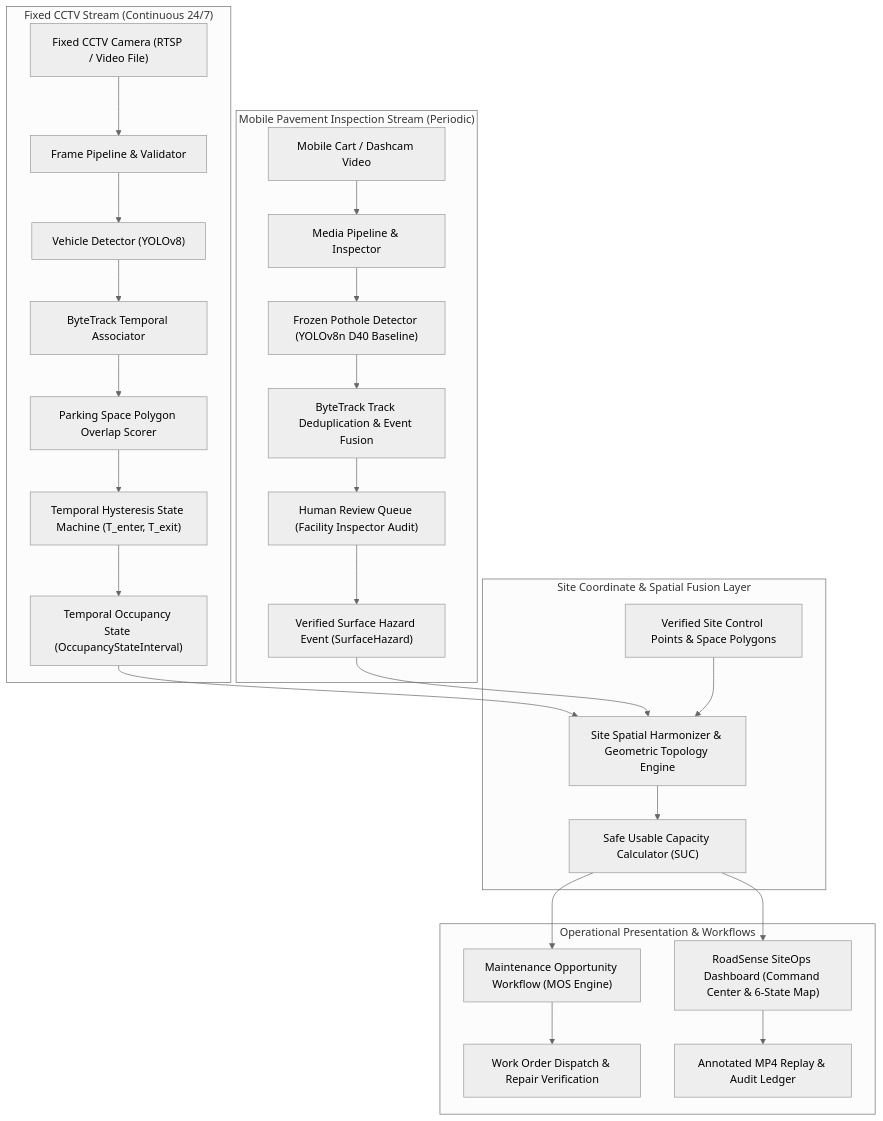
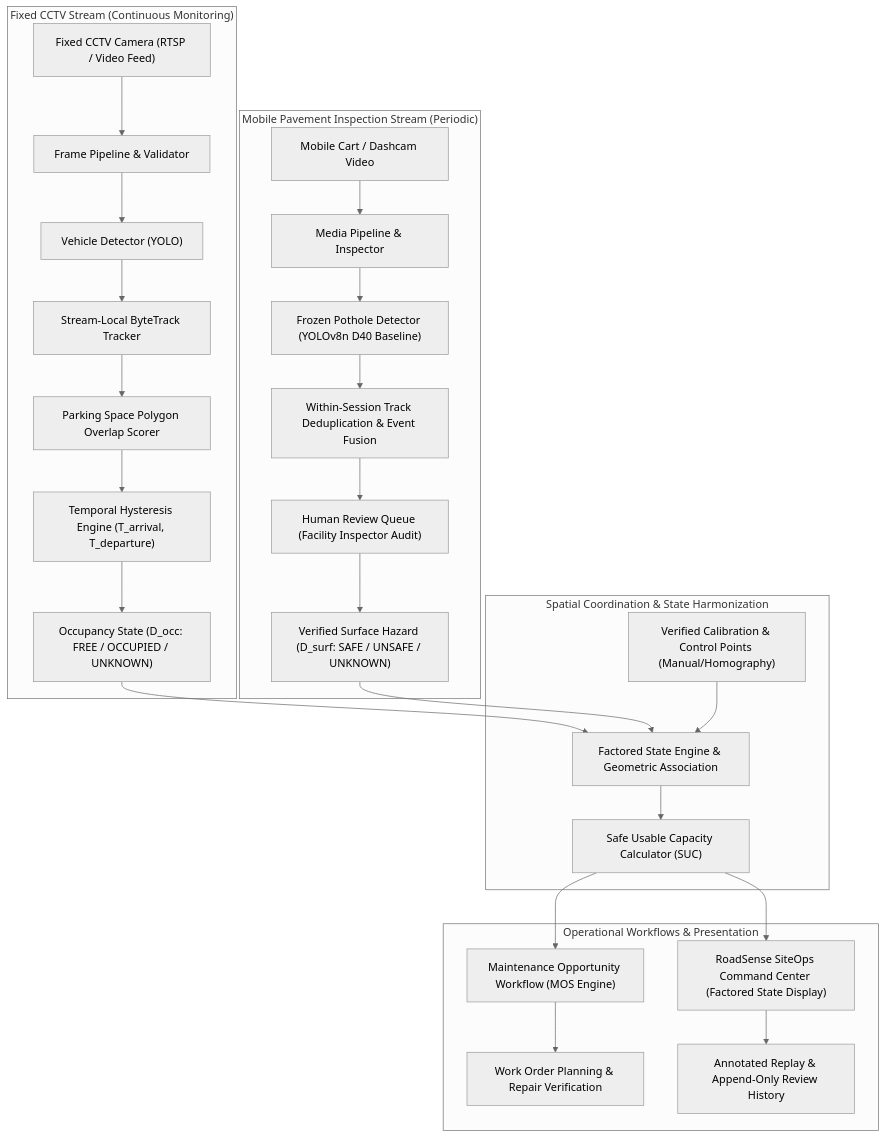
One commit to aniket889999/RoadSense-India- changed the diagram in docs/architecture/hazard_aware_parking_system.md. Above: the diagram before and after it, drawn with Mermaid (neutral theme). The commit also changed other lines of this file and 2 other files, not shown here.

Commit message:
docs: tighten hazard-aware parking novelty claims

````diff
--- a/docs/architecture/hazard_aware_parking_system.md
+++ b/docs/architecture/hazard_aware_parking_system.md
@@ -17,33 +17,33 @@
 ```mermaid
 flowchart TD
-    subgraph FixedStream ["Fixed CCTV Stream (Continuous 24/7)"]
-        A1["Fixed CCTV Camera (RTSP / Video File)"] --> A2["Frame Pipeline & Validator"]
-        A2 --> A3["Vehicle Detector (YOLOv8)"]
-        A3 --> A4["ByteTrack Temporal Associator"]
+    subgraph FixedStream ["Fixed CCTV Stream (Continuous Monitoring)"]
+        A1["Fixed CCTV Camera (RTSP / Video Feed)"] --> A2["Frame Pipeline & Validator"]
+        A2 --> A3["Vehicle Detector (YOLO)"]
+        A3 --> A4["Stream-Local ByteTrack Tracker"]
         A4 --> A5["Parking Space Polygon Overlap Scorer"]
-        A5 --> A6["Temporal Hysteresis State Machine (T_enter, T_exit)"]
-        A6 --> A7["Temporal Occupancy State (OccupancyStateInterval)"]
+        A5 --> A6["Temporal Hysteresis Engine (T_arrival, T_departure)"]
+        A6 --> A7["Occupancy State (D_occ: FREE / OCCUPIED / UNKNOWN)"]
     end
 
     subgraph MobileStream ["Mobile Pavement Inspection Stream (Periodic)"]
         B1["Mobile Cart / Dashcam Video"] --> B2["Media Pipeline & Inspector"]
         B2 --> B3["Frozen Pothole Detector (YOLOv8n D40 Baseline)"]
-        B3 --> B4["ByteTrack Track Deduplication & Event Fusion"]
+        B3 --> B4["Within-Session Track Deduplication & Event Fusion"]
         B4 --> B5["Human Review Queue (Facility Inspector Audit)"]
-        B5 --> B6["Verified Surface Hazard Event (SurfaceHazard)"]
+        B5 --> B6["Verified Surface Hazard (D_surf: SAFE / UNSAFE / UNKNOWN)"]
     end
 
-    subgraph FusionEngine ["Site Coordinate & Spatial Fusion Layer"]
-        A7 --> C1["Site Spatial Harmonizer & Geometric Topology Engine"]
+    subgraph FusionEngine ["Spatial Coordination & State Harmonization"]
+        A7 --> C1["Factored State Engine & Geometric Association"]
         B6 --> C1
-        C2["Verified Site Control Points & Space Polygons"] --> C1
+        C2["Verified Calibration & Control Points (Manual/Homography)"] --> C1
         C1 --> C3["Safe Usable Capacity Calculator (SUC)"]
     end
 
-    subgraph OutputPresentation ["Operational Presentation & Workflows"]
-        C3 --> D1["RoadSense SiteOps Dashboard (Command Center & 6-State Map)"]
+    subgraph OutputPresentation ["Operational Workflows & Presentation"]
+        C3 --> D1["RoadSense SiteOps Command Center (Factored State Display)"]
         C3 --> D2["Maintenance Opportunity Workflow (MOS Engine)"]
-        D2 --> D3["Work Order Dispatch & Repair Verification"]
-        D1 --> D4["Annotated MP4 Replay & Audit Ledger"]
+        D2 --> D3["Work Order Planning & Repair Verification"]
+        D1 --> D4["Annotated Replay & Append-Only Review History"]
     end
 ```
````
